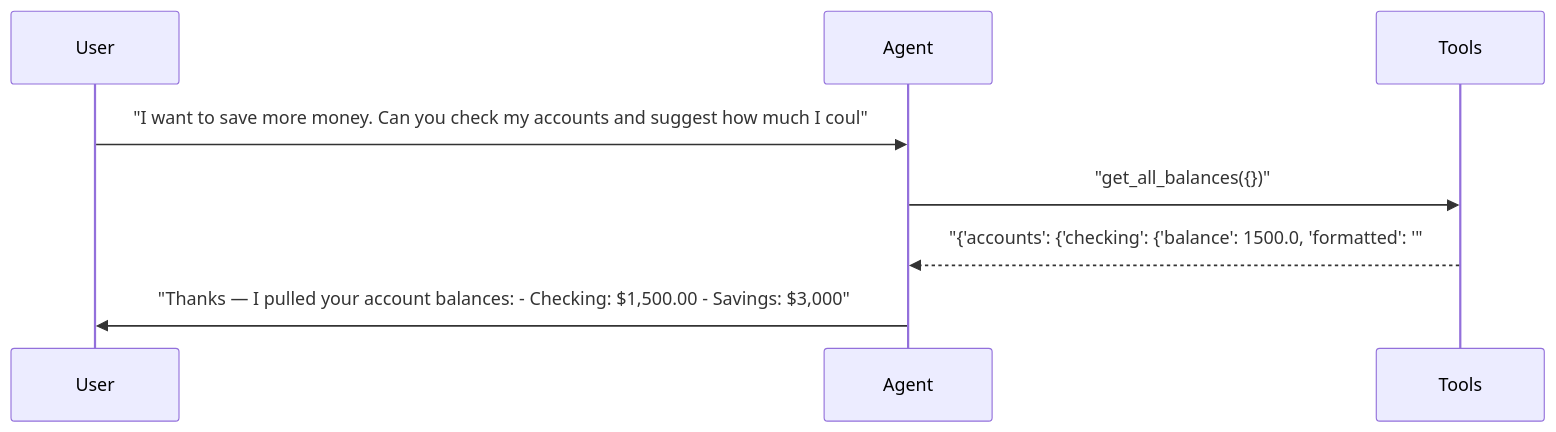
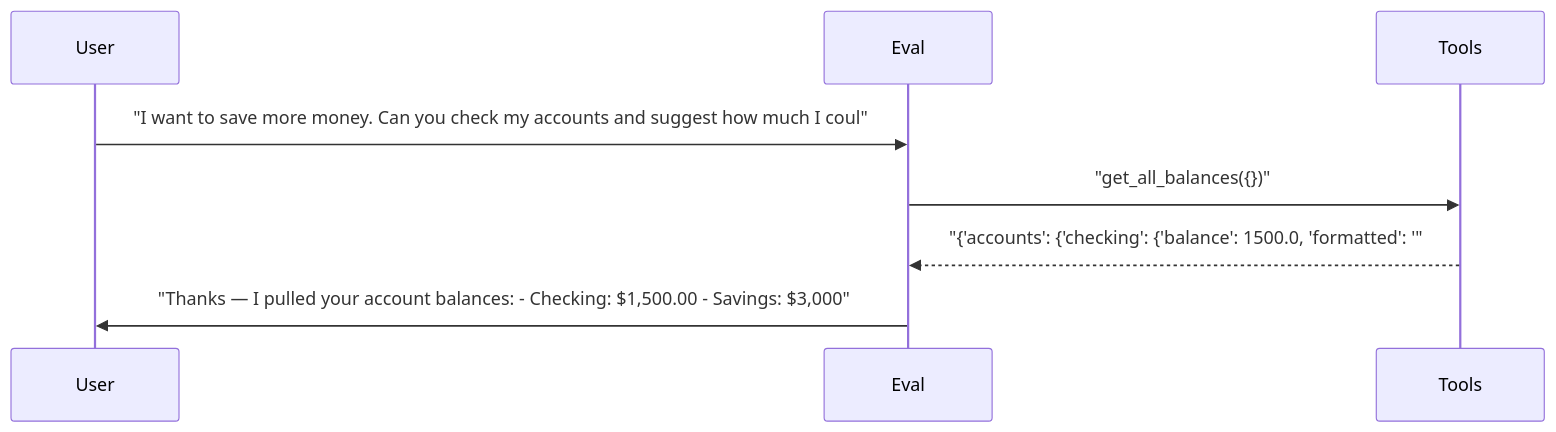
One commit to sbroenne/pytest-skill-engineering changed diagram 11 of 24 in docs/demo/hero-report.md. Above: the diagram before and after it, drawn with Mermaid. The commit also changed other lines of this file and 155 other files, not shown here.

````diff
--- a/docs/demo/hero-report.md
+++ b/docs/demo/hero-report.md
@@ -634,11 +634,11 @@
 ```mermaid
 sequenceDiagram
     participant User
-    participant Agent
+    participant Eval
     participant Tools
 
-    User->>Agent: "I want to save more money. Can you check my accounts and suggest how much I coul"
-    Agent->>Tools: "get_all_balances({})"
-    Tools-->>Agent: "{'accounts': {'checking': {'balance': 1500.0, 'formatted': '"
-    Agent->>User: "Thanks — I pulled your account balances: - Checking: $1,500.00 - Savings: $3,000"
+    User->>Eval: "I want to save more money. Can you check my accounts and suggest how much I coul"
+    Eval->>Tools: "get_all_balances({})"
+    Tools-->>Eval: "{'accounts': {'checking': {'balance': 1500.0, 'formatted': '"
+    Eval->>User: "Thanks — I pulled your account balances: - Checking: $1,500.00 - Savings: $3,000"
 ```
````
